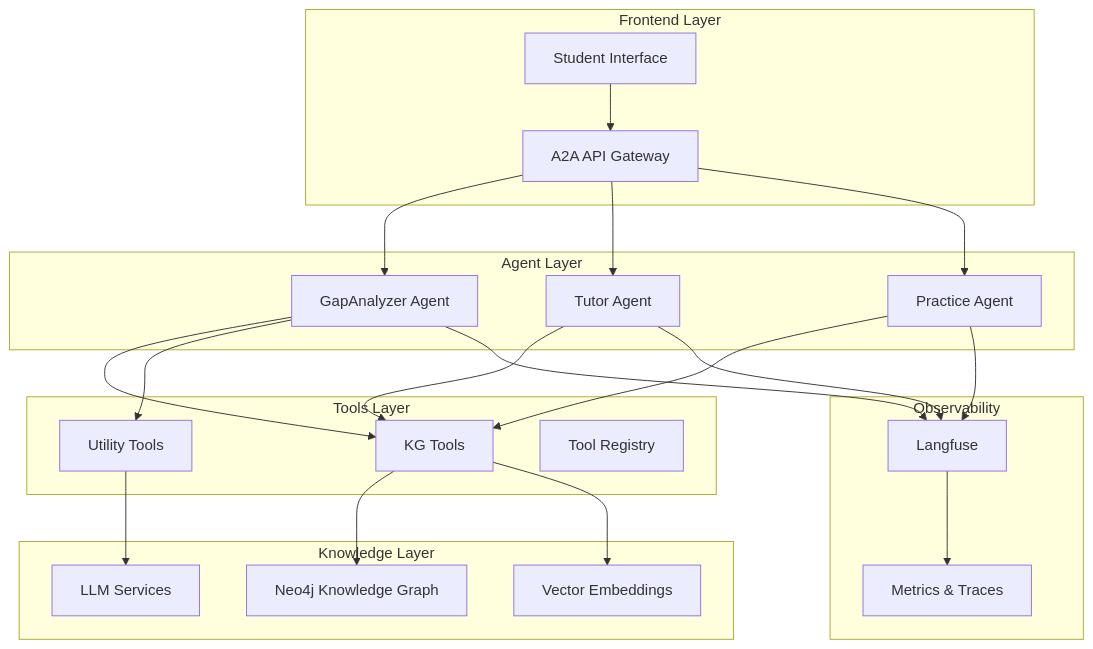
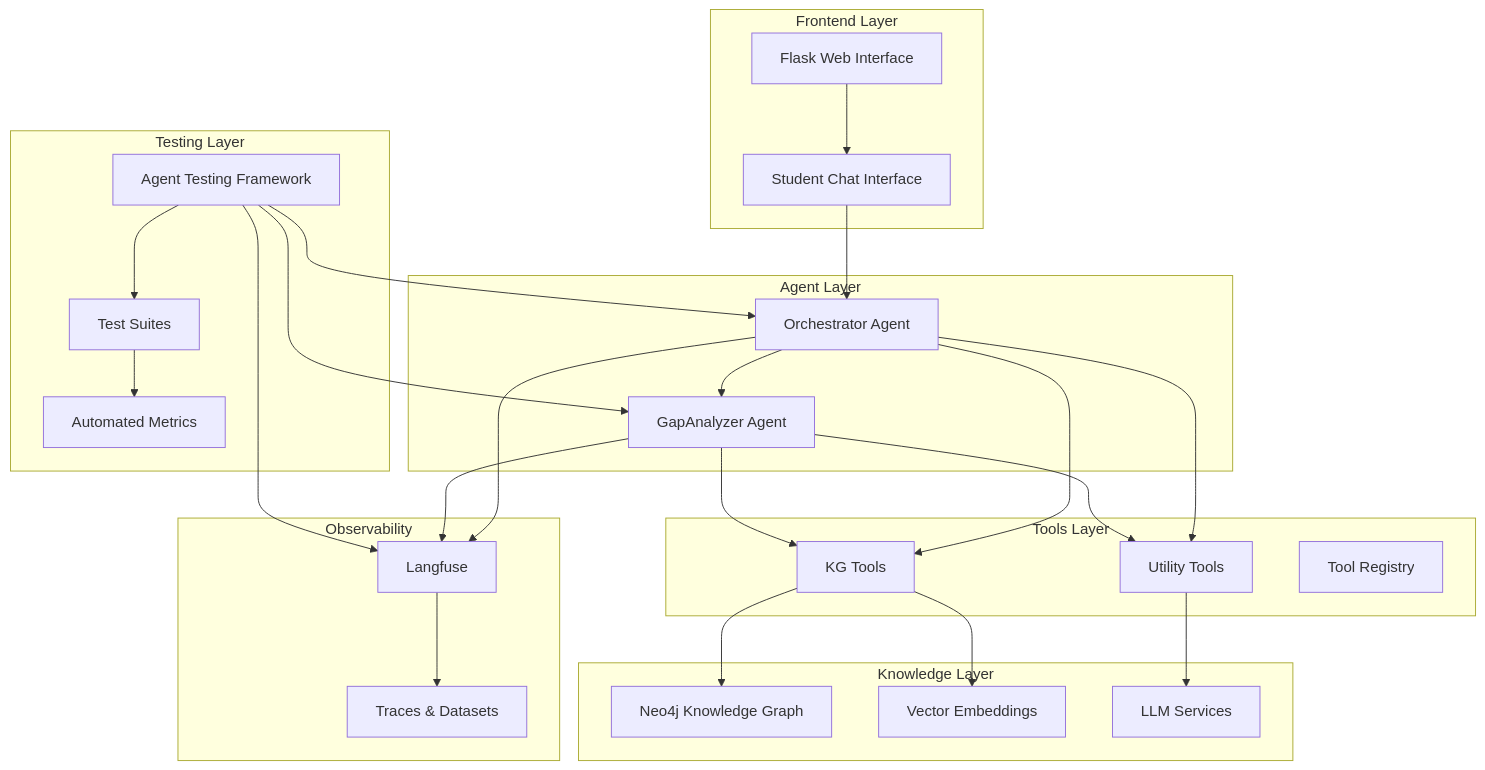
One commit to ricardo-dipasquale/luca changed the diagram in docs/README.md. Above: the diagram before and after it, drawn with Mermaid. The commit also changed other lines of this file and 19 other files, not shown here.

Commit message:
agent testing framework

````diff
--- a/docs/README.md
+++ b/docs/README.md
@@ -21,50 +23,59 @@
 ```mermaid
 graph TB
     subgraph "Frontend Layer"
-        UI[Student Interface]
-        API[A2A API Gateway]
+        FLASK[Flask Web Interface]
+        UI[Student Chat Interface]
     end
     
     subgraph "Agent Layer"
+        ORCH[Orchestrator Agent]
         GA[GapAnalyzer Agent]
-        TA[Tutor Agent]
-        PA[Practice Agent]
+    end
+    
+    subgraph "Testing Layer"
+        ATF[Agent Testing Framework]
+        SUITES[Test Suites]
+        METRICS[Automated Metrics]
     end
     
     subgraph "Tools Layer"
         KGT[KG Tools]
         UT[Utility Tools]
         REG[Tool Registry]
     end
     
     subgraph "Knowledge Layer"
         KG[Neo4j Knowledge Graph]
         EMB[Vector Embeddings]
         LLM[LLM Services]
     end
     
     subgraph "Observability"
         LF[Langfuse]
-        METRICS[Metrics & Traces]
+        TRACES[Traces & Datasets]
     end
     
-    UI --> API
-    API --> GA
-    API --> TA
-    API --> PA
+    FLASK --> UI
+    UI --> ORCH
+    ORCH --> GA
     
+    ATF --> SUITES
+    ATF --> ORCH
+    ATF --> GA
+    SUITES --> METRICS
+    
+    ORCH --> KGT
+    ORCH --> UT
     GA --> KGT
     GA --> UT
-    TA --> KGT
-    PA --> KGT
     
     KGT --> KG
     KGT --> EMB
     UT --> LLM
     
+    ORCH --> LF
     GA --> LF
-    TA --> LF
-    PA --> LF
+    ATF --> LF
     
-    LF --> METRICS
+    LF --> TRACES
 ```
````
